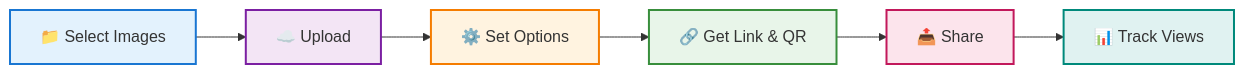
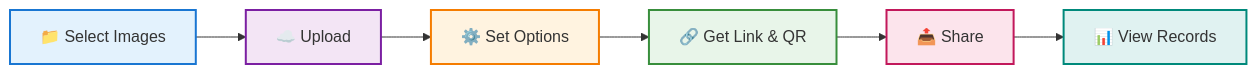
The diagram in src/content/blog/en/introducing-maiimg-secure-image-sharing-qr-codes.md (mythenigma/cloudflareAstro), drawn with Mermaid before and after one commit. The commit also changed other lines of this file and 2 other files, not shown here.

````diff
--- a/src/content/blog/en/introducing-maiimg-secure-image-sharing-qr-codes.md
+++ b/src/content/blog/en/introducing-maiimg-secure-image-sharing-qr-codes.md
@@ -22,15 +22,15 @@
 ```mermaid
 flowchart LR
     A[📁 Select Images] --> B[☁️ Upload]
     B --> C[⚙️ Set Options]
     C --> D[🔗 Get Link & QR]
     D --> E[📤 Share]
-    E --> F[📊 Track Views]
+    E --> F[📊 View Records]
     
     style A fill:#e3f2fd,stroke:#1976d2,stroke-width:2px
     style B fill:#f3e5f5,stroke:#7b1fa2,stroke-width:2px
     style C fill:#fff3e0,stroke:#f57c00,stroke-width:2px
     style D fill:#e8f5e9,stroke:#388e3c,stroke-width:2px
     style E fill:#fce4ec,stroke:#c2185b,stroke-width:2px
     style F fill:#e0f2f1,stroke:#00897b,stroke-width:2px
 ```
````
